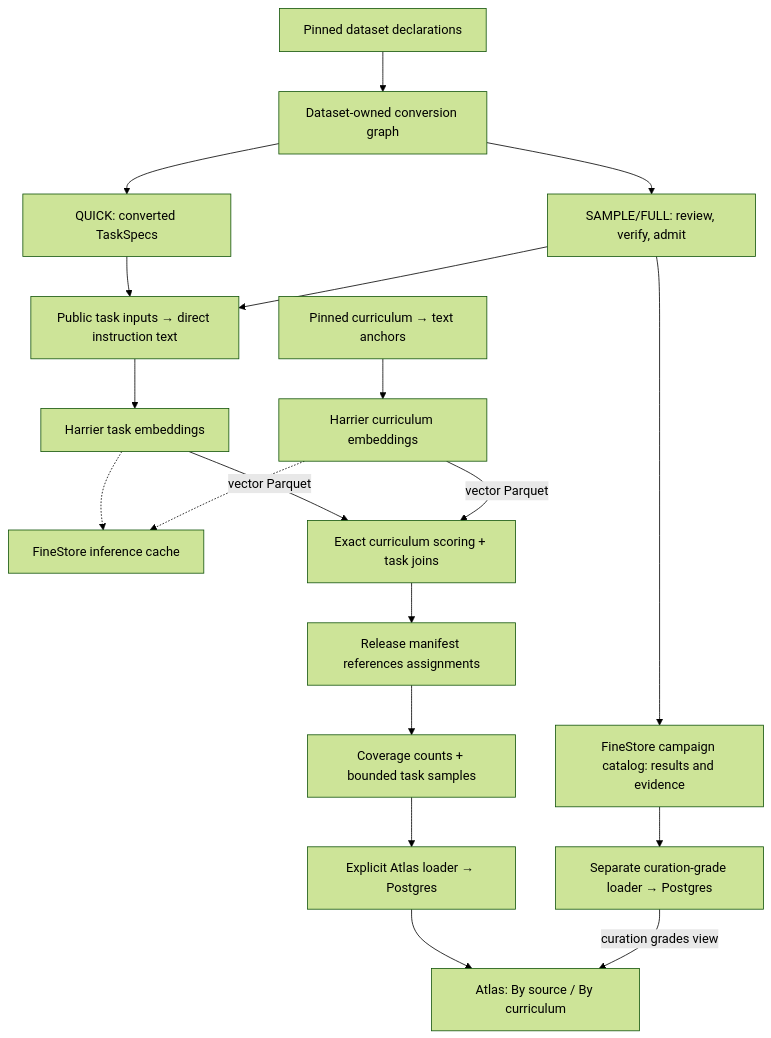
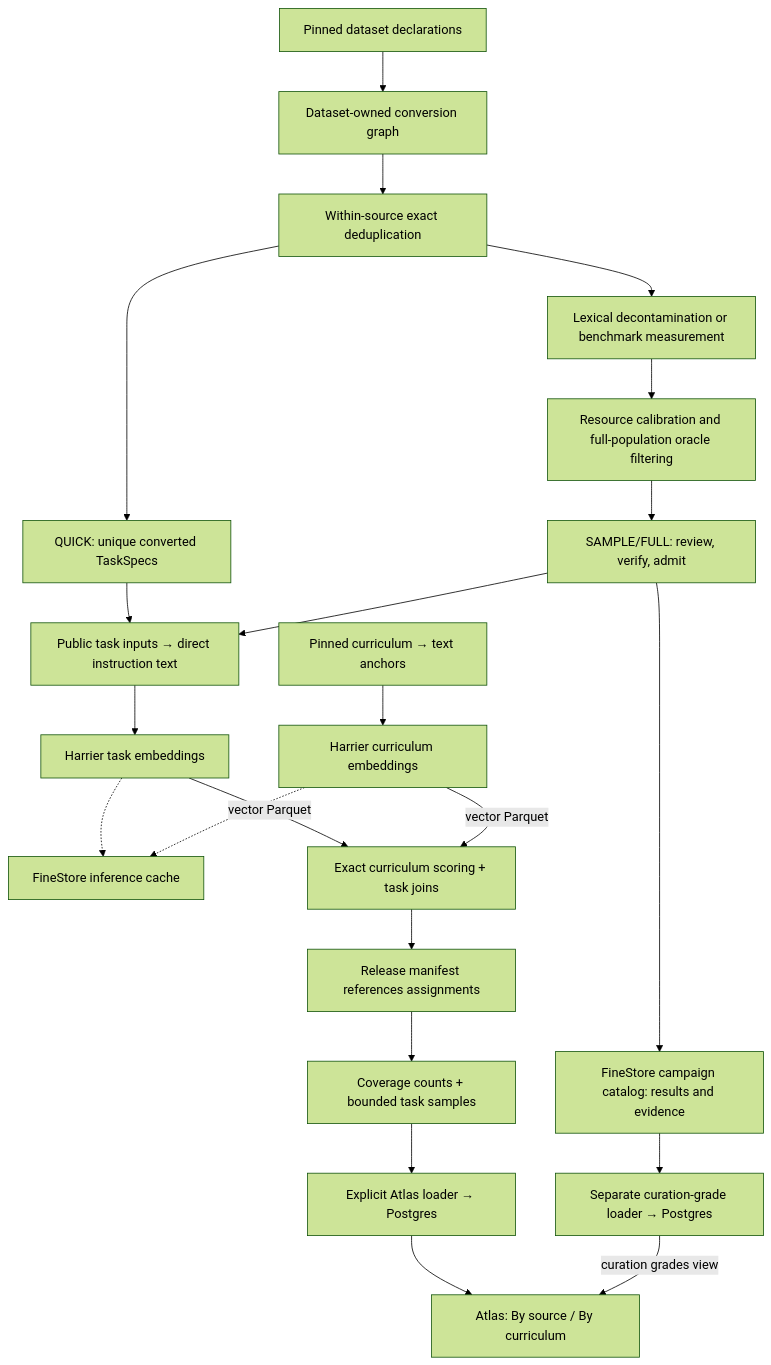
One commit to marin-community/marin changed the diagram in docs/references/task-curation.md. Above: the diagram before and after it, drawn with Mermaid (forest theme). The commit also changed other lines of this file and 44 other files, not shown here.

First line of the commit message:
Deduplicate source task contracts before curation

````diff
--- a/docs/references/task-curation.md
+++ b/docs/references/task-curation.md
@@ -35,21 +39,24 @@
 ```mermaid
 flowchart TD
     sources["Pinned dataset declarations"] --> conversion["Dataset-owned conversion graph"]
-    conversion --> quick["QUICK: converted TaskSpecs"]
-    conversion --> reviewed["SAMPLE/FULL: review, verify, admit"]
+    conversion --> dedup["Within-source exact deduplication"]
+    dedup --> quick["QUICK: unique converted TaskSpecs"]
+    dedup --> decon["Lexical decontamination or benchmark measurement"]
+    decon --> calibration["Resource calibration and full-population oracle filtering"]
+    calibration --> reviewed["SAMPLE/FULL: review, verify, admit"]
     reviewed --> catalog["FineStore campaign catalog: results and evidence"]
     quick --> text["Public task inputs → direct instruction text"]
     reviewed --> text
     text --> task_vectors["Harrier task embeddings"]
     curriculum["Pinned curriculum → text anchors"] --> curriculum_vectors["Harrier curriculum embeddings"]
     task_vectors -.-> cache["FineStore inference cache"]
     curriculum_vectors -.-> cache
     task_vectors -->|vector Parquet| alignment["Exact curriculum scoring + task joins"]
     curriculum_vectors -->|vector Parquet| alignment
     alignment --> release["Release manifest references assignments"]
     release --> coverage["Coverage counts + bounded task samples"]
     coverage --> loader["Explicit Atlas loader → Postgres"]
     loader --> atlas["Atlas: By source / By curriculum"]
     catalog --> grades["Separate curation-grade loader → Postgres"]
     grades -->|curation grades view| atlas
 ```
````
